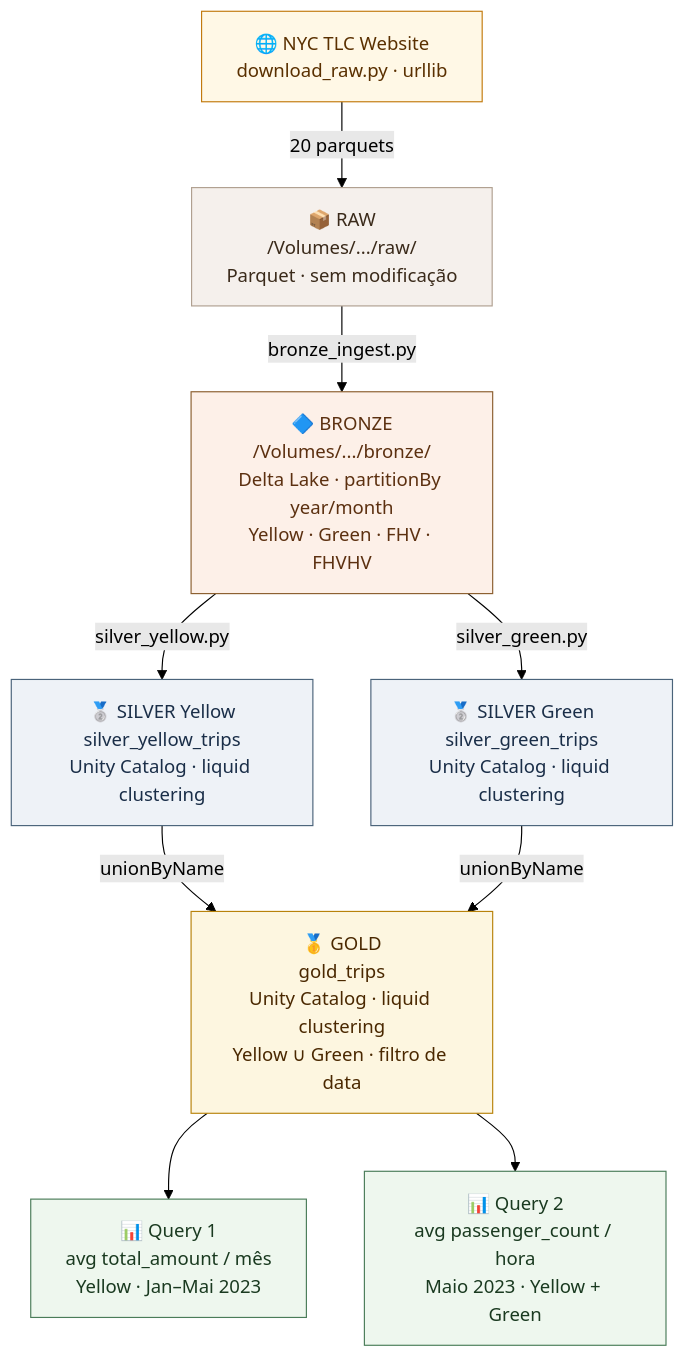
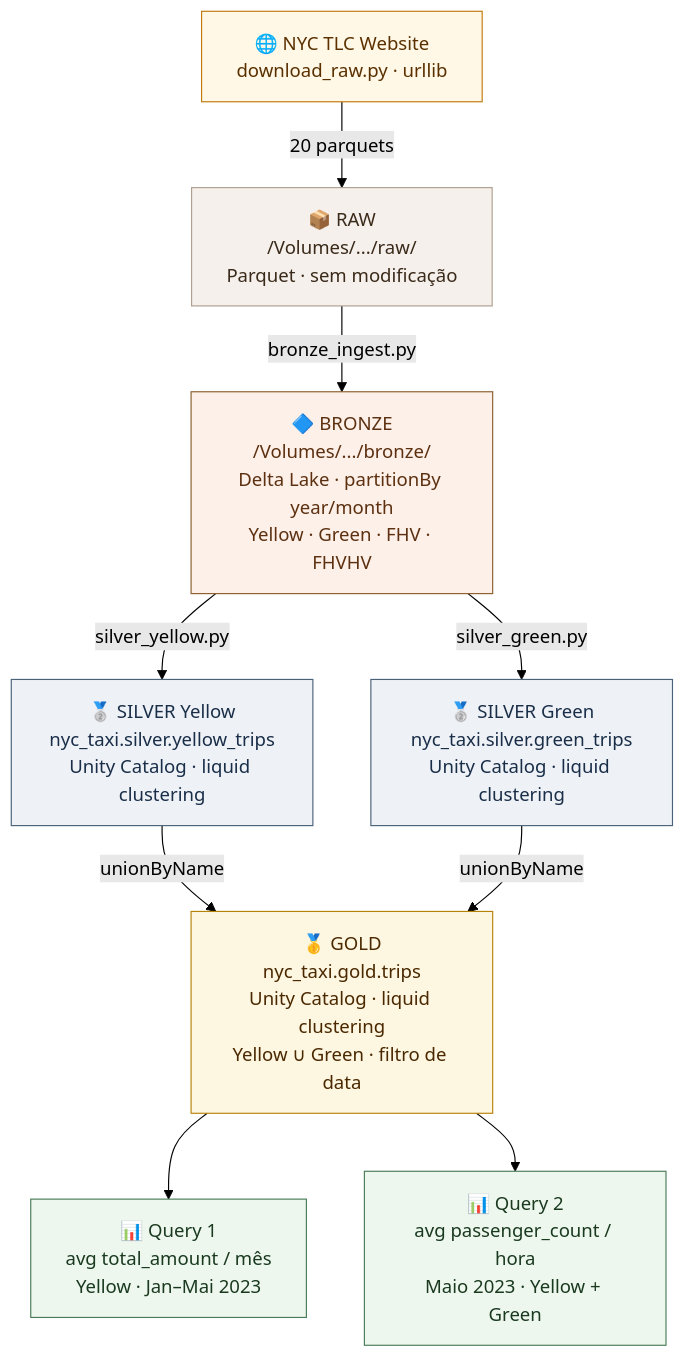
Before and after one commit to EweBarros/NYC_taxi_pipeline: the diagram in README.md, drawn with Mermaid (forest theme). The commit also changed other lines of this file and 11 other files, not shown here.

Commit message:
Separate schema catalogs for Bronze, Silver and Gold

````diff
--- a/README.md
+++ b/README.md
@@ -16,34 +16,34 @@
 ```mermaid
 graph TD
     SRC["🌐 NYC TLC Website<br/>download_raw.py · urllib"]
     RAW["📦 RAW<br/>/Volumes/.../raw/<br/>Parquet · sem modificação"]
     BRZ["🔷 BRONZE<br/>/Volumes/.../bronze/<br/>Delta Lake · partitionBy year/month<br/>Yellow · Green · FHV · FHVHV"]
-    SY["🥈 SILVER Yellow<br/>silver_yellow_trips<br/>Unity Catalog · liquid clustering"]
-    SG["🥈 SILVER Green<br/>silver_green_trips<br/>Unity Catalog · liquid clustering"]
-    GOLD["🥇 GOLD<br/>gold_trips<br/>Unity Catalog · liquid clustering<br/>Yellow ∪ Green · filtro de data"]
+    SY["🥈 SILVER Yellow<br/>nyc_taxi.silver.yellow_trips<br/>Unity Catalog · liquid clustering"]
+    SG["🥈 SILVER Green<br/>nyc_taxi.silver.green_trips<br/>Unity Catalog · liquid clustering"]
+    GOLD["🥇 GOLD<br/>nyc_taxi.gold.trips<br/>Unity Catalog · liquid clustering<br/>Yellow ∪ Green · filtro de data"]
     Q1["📊 Query 1<br/>avg total_amount / mês<br/>Yellow · Jan–Mai 2023"]
     Q2["📊 Query 2<br/>avg passenger_count / hora<br/>Maio 2023 · Yellow + Green"]
 
     SRC -->|"20 parquets"| RAW
     RAW -->|"bronze_ingest.py"| BRZ
     BRZ -->|"silver_yellow.py"| SY
     BRZ -->|"silver_green.py"| SG
     SY  -->|"unionByName"| GOLD
     SG  -->|"unionByName"| GOLD
     GOLD --> Q1
     GOLD --> Q2
 
     classDef src    fill:#fff8e6,stroke:#c27a0e,color:#5a3000
     classDef raw    fill:#f5f0ec,stroke:#b0a090,color:#3a2a1a
     classDef bronze fill:#fdf0e8,stroke:#8b5e2e,color:#5c3010
     classDef silver fill:#eef2f7,stroke:#4a637a,color:#1a2e48
     classDef gold   fill:#fdf6e0,stroke:#b8820a,color:#4a2800
     classDef query  fill:#eef7ee,stroke:#4a7c59,color:#1a3a20
 
     class SRC src
     class RAW raw
     class BRZ bronze
     class SY,SG silver
     class GOLD gold
     class Q1,Q2 query
 ```
````
